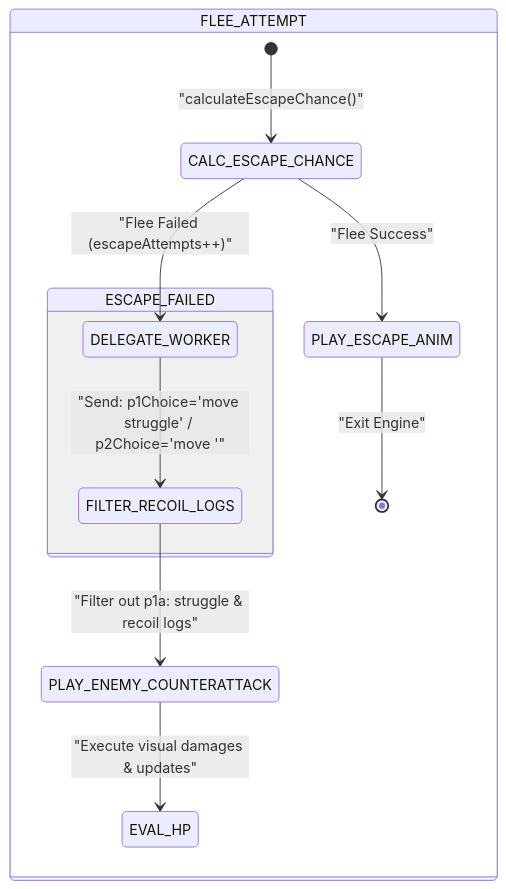
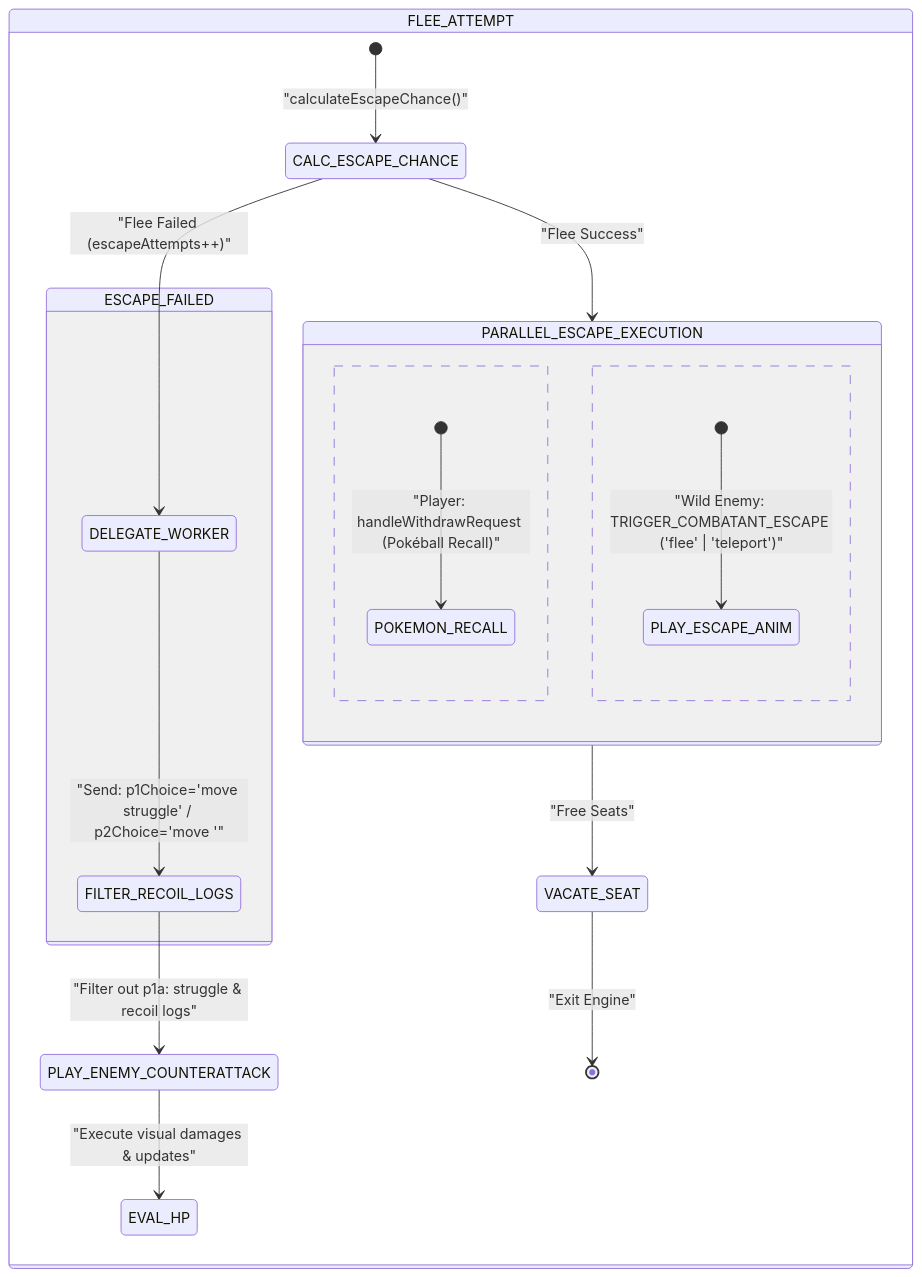
Before and after one commit to Darkham77/PokeBorrador: the ninth of 20 diagrams in .agents/skills/project-standards/references/battle/battle_mechanics_manual.md, drawn with Mermaid. The commit also changed other lines of this file and 60 other files, not shown here.

````diff
--- a/.agents/skills/project-standards/references/battle/battle_mechanics_manual.md
+++ b/.agents/skills/project-standards/references/battle/battle_mechanics_manual.md
@@ -643,16 +643,24 @@
 ```mermaid
 stateDiagram-v2
     state FLEE_ATTEMPT {
         [*] --> CALC_ESCAPE_CHANCE : "calculateEscapeChance()"
         
         state ESCAPE_FAILED {
             CALC_ESCAPE_CHANCE --> DELEGATE_WORKER : "Flee Failed (escapeAttempts++)"
             DELEGATE_WORKER --> FILTER_RECOIL_LOGS : "Send: p1Choice='move struggle' / p2Choice='move <enemy_move>'"
             FILTER_RECOIL_LOGS --> PLAY_ENEMY_COUNTERATTACK : "Filter out p1a: struggle & recoil logs"
         }
         
         PLAY_ENEMY_COUNTERATTACK --> EVAL_HP : "Execute visual damages & updates"
-        CALC_ESCAPE_CHANCE --> PLAY_ESCAPE_ANIM : "Flee Success"
-        PLAY_ESCAPE_ANIM --> [*] : "Exit Engine"
+        CALC_ESCAPE_CHANCE --> PARALLEL_ESCAPE_EXECUTION : "Flee Success"
+        
+        state PARALLEL_ESCAPE_EXECUTION {
+            [*] --> POKEMON_RECALL : "Player: handleWithdrawRequest (Pokéball Recall)"
+            --
+            [*] --> PLAY_ESCAPE_ANIM : "Wild Enemy: TRIGGER_COMBATANT_ESCAPE ('flee' | 'teleport')"
+        }
+        
+        PARALLEL_ESCAPE_EXECUTION --> VACATE_SEAT : "Free Seats"
+        VACATE_SEAT --> [*] : "Exit Engine"
     }
 ```
````
